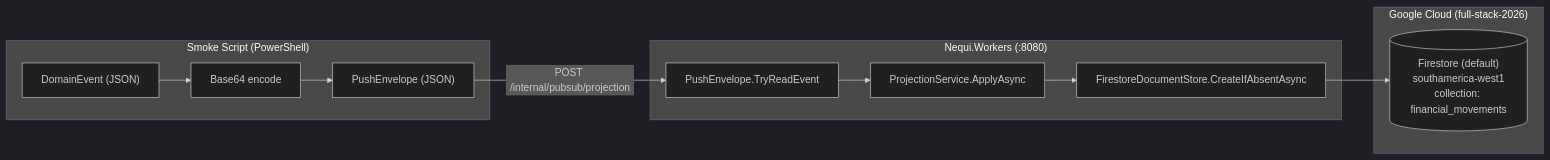
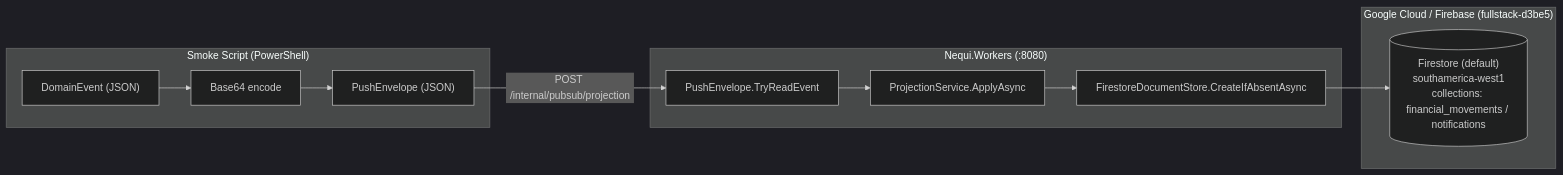
The diagram in docs/firestore-smoke-test.md (Nicolasrc404/NequiTrampa), drawn with Mermaid (dark theme) before and after one commit. The commit also changed other lines of this file and 13 other files, not shown here.

Commit message:
docs: consolidate verified GCP architecture and deployment

````diff
--- a/docs/firestore-smoke-test.md
+++ b/docs/firestore-smoke-test.md
@@ -33,17 +37,17 @@
 ```mermaid
 flowchart LR
     subgraph Client["Smoke Script (PowerShell)"]
         A["DomainEvent (JSON)"] --> B["Base64 encode"]
         B --> C["PushEnvelope (JSON)"]
     end
 
     subgraph Service["Nequi.Workers (:8080)"]
         C -->|POST /internal/pubsub/projection| D["PushEnvelope.TryReadEvent"]
         D --> E["ProjectionService.ApplyAsync"]
         E --> F["FirestoreDocumentStore.CreateIfAbsentAsync"]
     end
 
-    subgraph GCP["Google Cloud (full-stack-2026)"]
-        F --> G[("Firestore (default)<br/>southamerica-west1<br/>collection: financial_movements")]
+    subgraph GCP["Google Cloud / Firebase (fullstack-d3be5)"]
+        F --> G[("Firestore (default)<br/>southamerica-west1<br/>collections: financial_movements / notifications")]
     end
 ```
````
